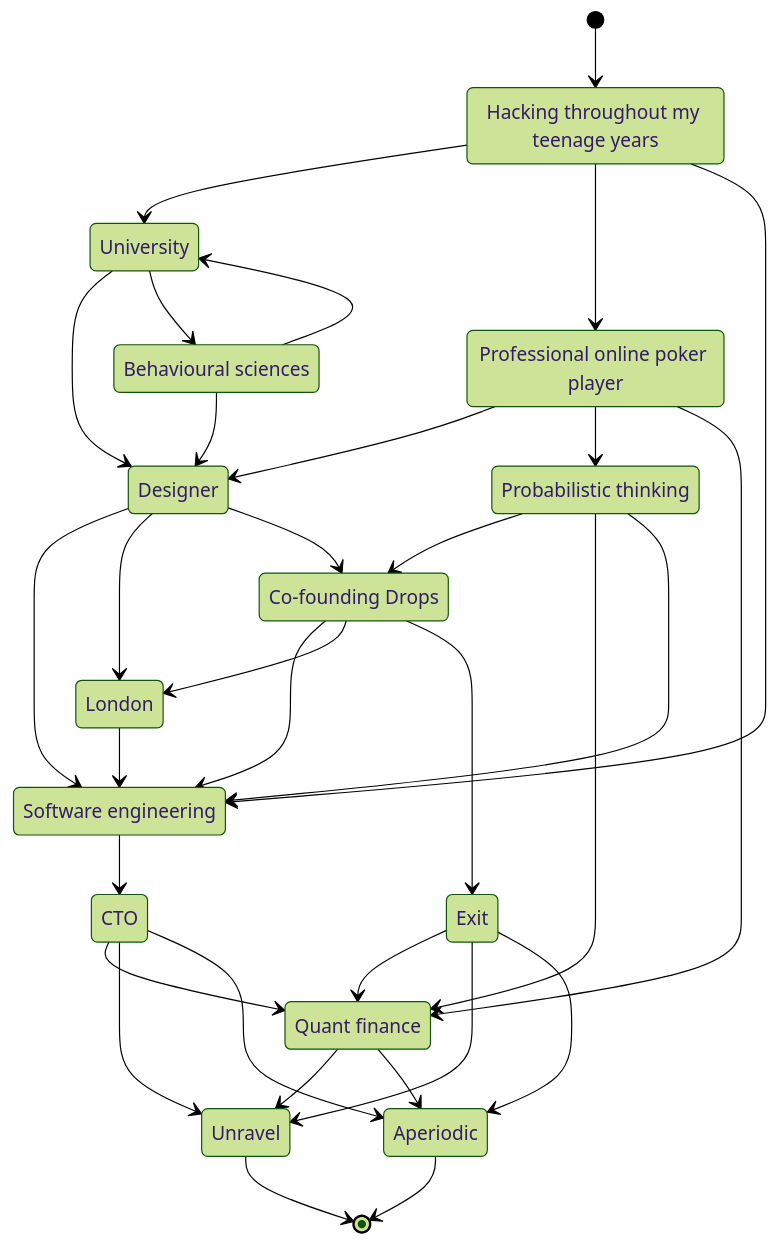
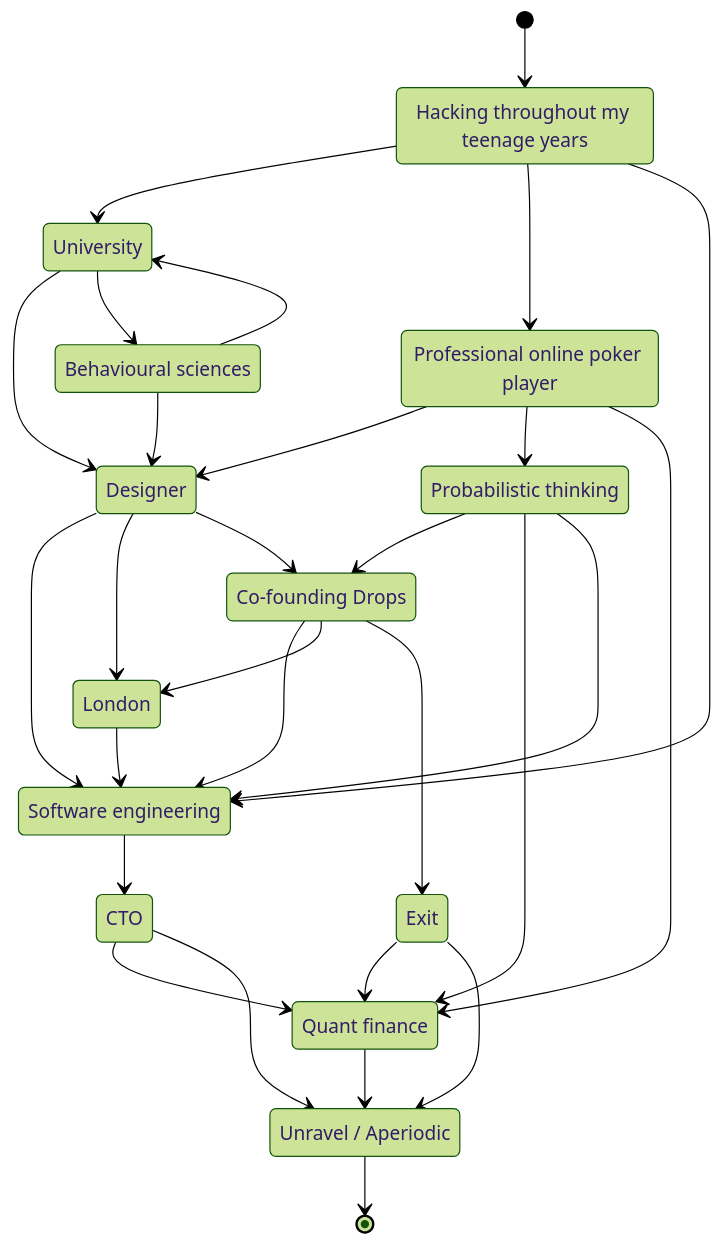
Before and after one commit to almostintuitive/almostintuitive.github.io: the diagram in content/_index.md, drawn with Mermaid (forest theme).

Commit message:
Refactor states and transitions for UnravelAperiodic

```diff
--- a/content/_index.md
+++ b/content/_index.md
@@ -22,44 +22,41 @@
 {{< mermaid >}}
 
 stateDiagram
   state "Hacking throughout my teenage years" as HackingThroughoutMyTeenageYears
   state "Professional online poker player" as ProfessionalOnlinePokerPlayer
   state "Behavioural sciences" as BehaviouralSciences
   state "Probabilistic thinking" as ProbabilisticThinking
   state "Co-founding Drops" as CoFoundingDrops
   state "Software engineering" as SoftwareEngineering
   state "Quant finance" as QuantFinance
+  state "Unravel / Aperiodic" as UnravelAperiodic
 
   [*] --> HackingThroughoutMyTeenageYears
   HackingThroughoutMyTeenageYears --> University
   HackingThroughoutMyTeenageYears --> ProfessionalOnlinePokerPlayer
   University --> Designer
   University --> BehaviouralSciences
   BehaviouralSciences --> University
   BehaviouralSciences --> Designer
   ProfessionalOnlinePokerPlayer --> Designer
   ProfessionalOnlinePokerPlayer --> ProbabilisticThinking
   ProfessionalOnlinePokerPlayer --> QuantFinance
   ProbabilisticThinking --> CoFoundingDrops
   ProbabilisticThinking --> QuantFinance
   CoFoundingDrops --> SoftwareEngineering
   Designer --> SoftwareEngineering
   Designer --> London
   London --> SoftwareEngineering
   Designer --> CoFoundingDrops
   CoFoundingDrops --> London
   HackingThroughoutMyTeenageYears --> SoftwareEngineering
   ProbabilisticThinking --> SoftwareEngineering
   SoftwareEngineering --> CTO
   CTO --> QuantFinance
-  CTO --> Unravel
-  CTO --> Aperiodic
+  CTO --> UnravelAperiodic
   CoFoundingDrops --> Exit
   Exit --> QuantFinance
-  Exit --> Unravel
-  Exit --> Aperiodic
-  QuantFinance --> Unravel
-  QuantFinance --> Aperiodic
-  Unravel --> [*]
-  Aperiodic --> [*]
+  Exit --> UnravelAperiodic
+  QuantFinance --> UnravelAperiodic
+  UnravelAperiodic --> [*]
 {{< /mermaid >}}
```
